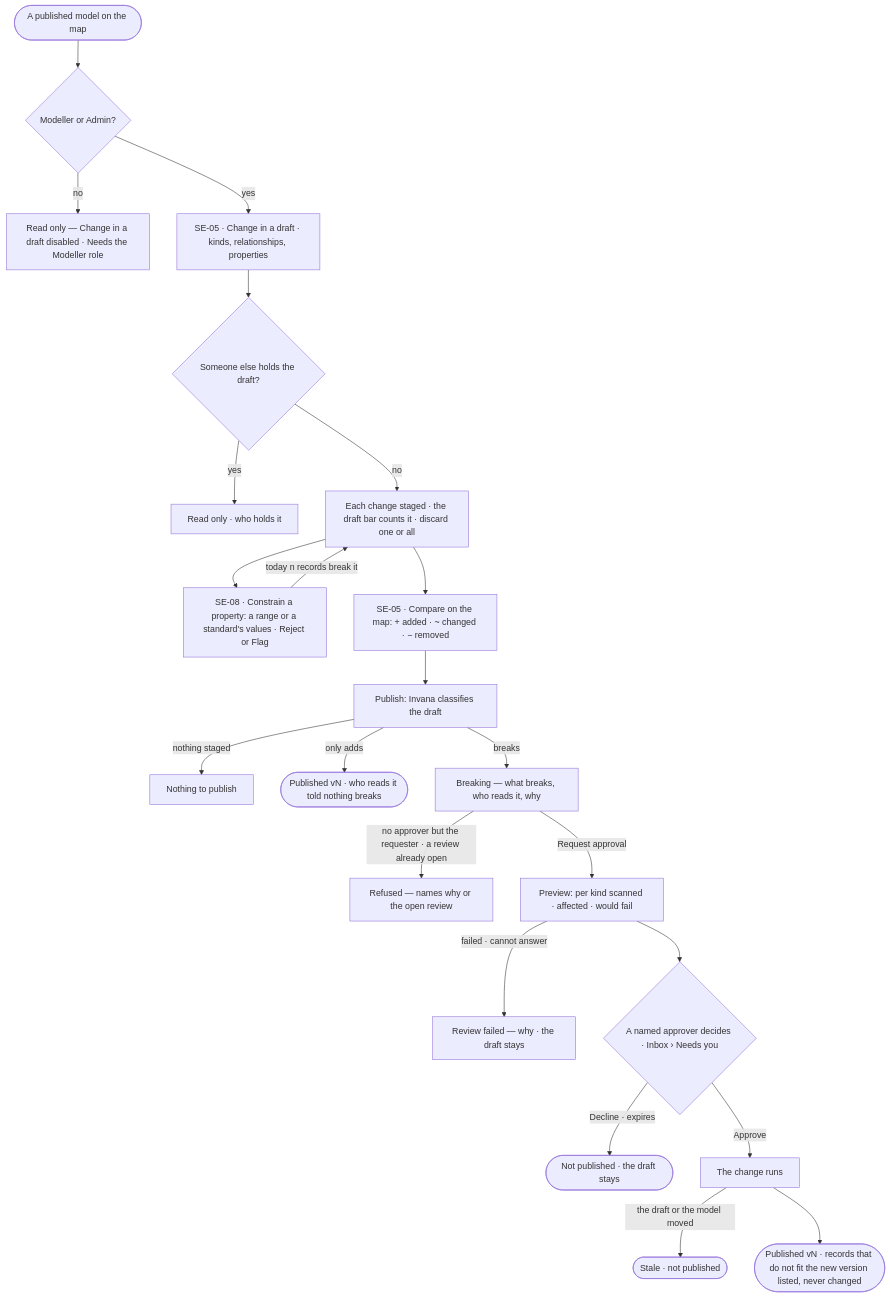
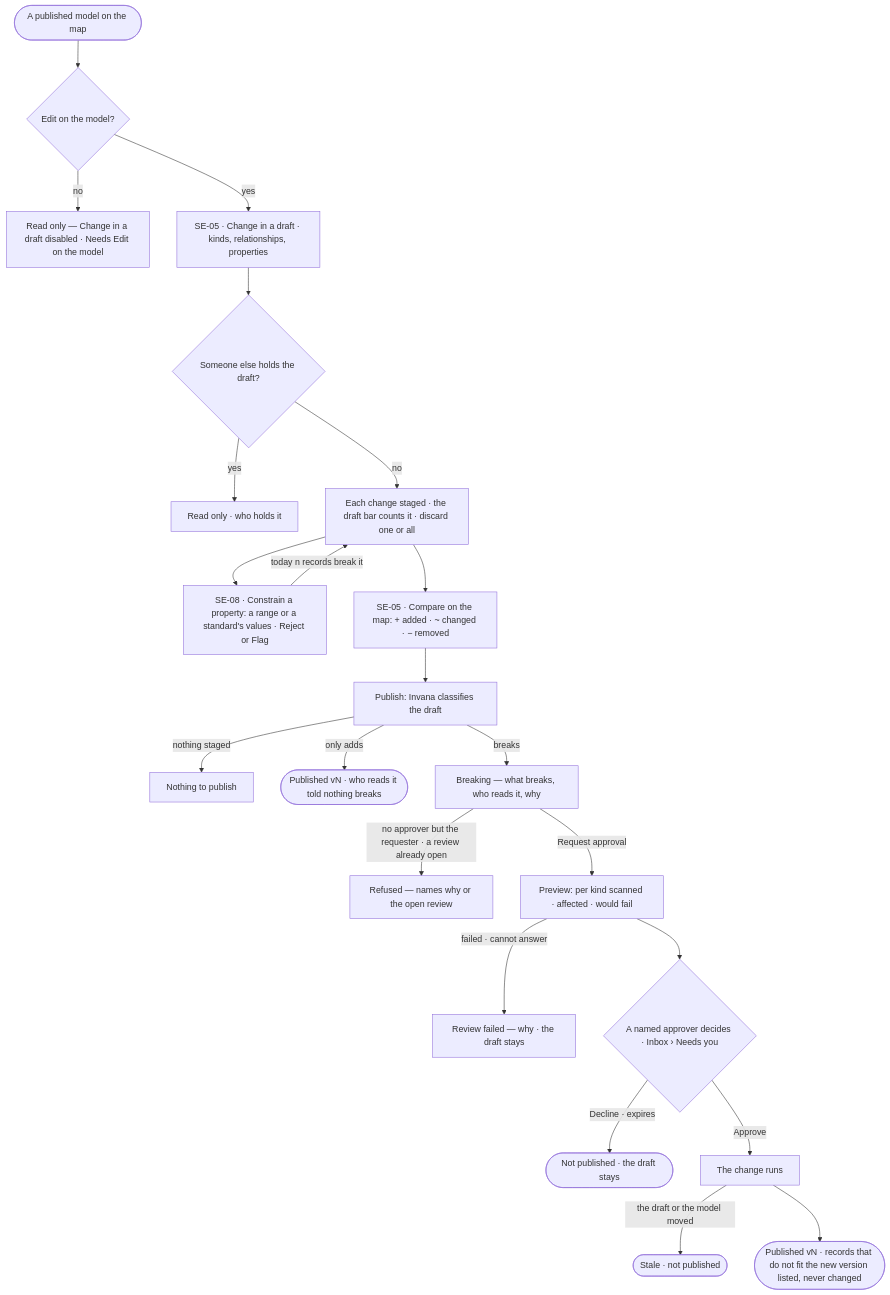
Before and after one commit to invana/invana: the first of 2 diagrams in specs/capabilities/semantics/features/SE-F02-change-and-publish-a-model/feature.md, drawn with Mermaid. The commit also changed other lines of this file and 236 other files, not shown here.

````diff
--- a/specs/capabilities/semantics/features/SE-F02-change-and-publish-a-model/feature.md
+++ b/specs/capabilities/semantics/features/SE-F02-change-and-publish-a-model/feature.md
@@ -25,24 +25,24 @@
 ```mermaid
 flowchart TD
-  start([A published model on the map]) --> may{Modeller or Admin?}
-  may -->|no| ro["Read only — Change in a draft disabled · Needs the Modeller role"]
+  start([A published model on the map]) --> may{Edit on the model?}
+  may -->|no| ro["Read only — Change in a draft disabled · Needs Edit on the model"]
   may -->|yes| d["SE-05 · Change in a draft · kinds, relationships, properties"]
   d --> held{Someone else holds the draft?}
   held -->|yes| hro["Read only · who holds it"]
   held -->|no| ch["Each change staged · the draft bar counts it · discard one or all"]
   ch --> c["SE-08 · Constrain a property: a range or a standard's values · Reject or Flag"]
   c -->|today n records break it| ch
   ch --> cmp["SE-05 · Compare on the map: + added · ~ changed · − removed"]
   cmp --> p["Publish: Invana classifies the draft"]
   p -->|nothing staged| none["Nothing to publish"]
   p -->|only adds| pub(["Published vN · who reads it told nothing breaks"])
   p -->|breaks| br["Breaking — what breaks, who reads it, why"]
   br -->|no approver but the requester · a review already open| ref["Refused — names why or the open review"]
   br -->|Request approval| prev["Preview: per kind scanned · affected · would fail"]
   prev -->|failed · cannot answer| pf["Review failed — why · the draft stays"]
   prev --> ap{A named approver decides · Inbox › Needs you}
   ap -->|Decline · expires| no(["Not published · the draft stays"])
   ap -->|Approve| mig["The change runs"]
   mig -->|the draft or the model moved| stale(["Stale · not published"])
   mig --> done(["Published vN · records that do not fit the new version listed, never changed"])
 ```
````
